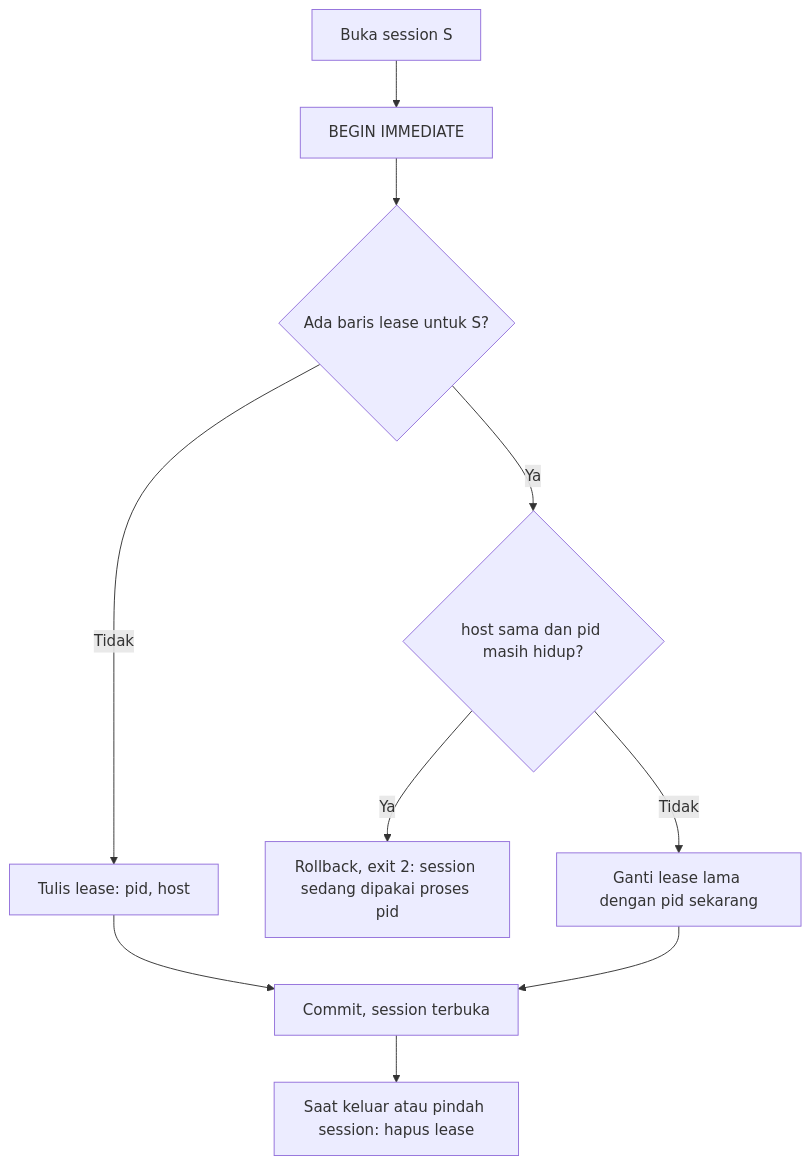
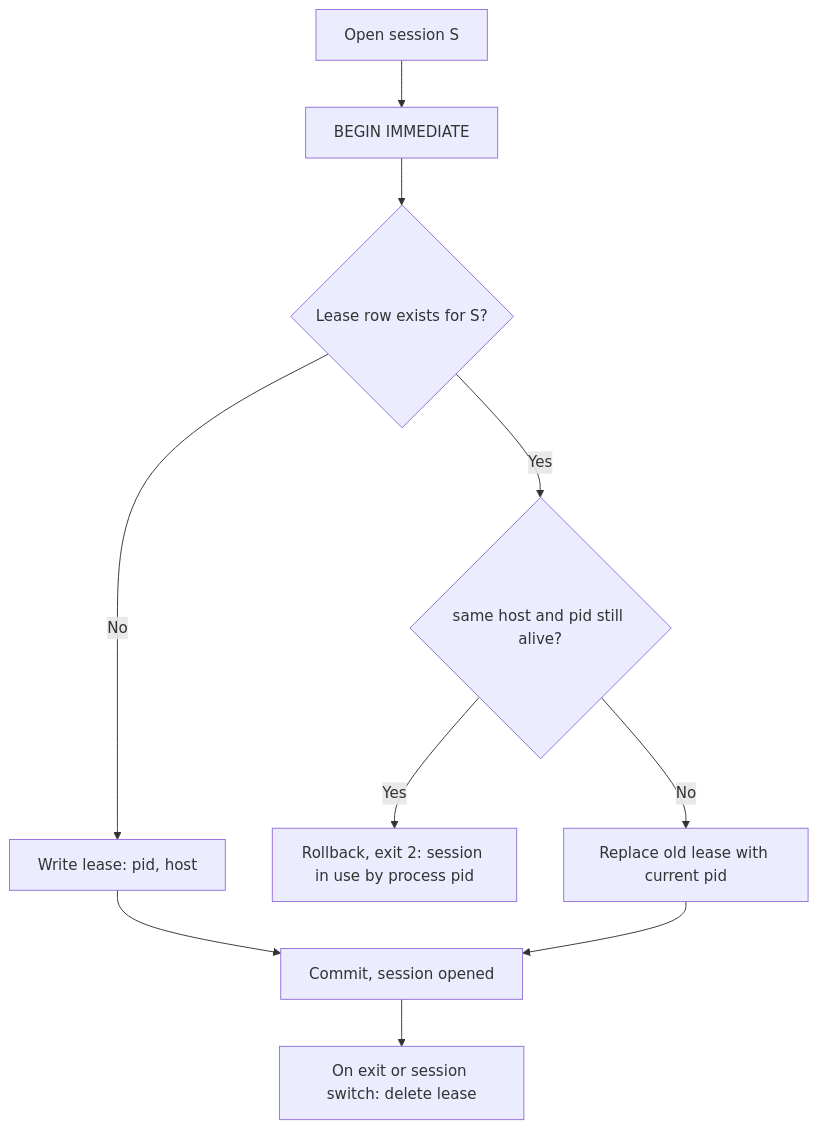
One commit to ridhomujizat/lana-harness changed the second of 4 diagrams in docs/specs/1-cli-tui/design.md. Above: the diagram before and after it, drawn with Mermaid. The commit also changed other lines of this file and 172 other files, not shown here.

````diff
--- a/docs/specs/1-cli-tui/design.md
+++ b/docs/specs/1-cli-tui/design.md
@@ -199,12 +197,12 @@
 ```mermaid
 flowchart TD
-  A["Buka session S"] --> B["BEGIN IMMEDIATE"]
-  B --> C{"Ada baris lease untuk S?"}
-  C -- "Tidak" --> W["Tulis lease: pid, host"]
-  C -- "Ya" --> D{"host sama dan pid masih hidup?"}
-  D -- "Ya" --> X["Rollback, exit 2: session sedang dipakai proses pid"]
-  D -- "Tidak" --> R["Ganti lease lama dengan pid sekarang"]
-  W --> OK["Commit, session terbuka"]
+  A["Open session S"] --> B["BEGIN IMMEDIATE"]
+  B --> C{"Lease row exists for S?"}
+  C -- "No" --> W["Write lease: pid, host"]
+  C -- "Yes" --> D{"same host and pid still alive?"}
+  D -- "Yes" --> X["Rollback, exit 2: session in use by process pid"]
+  D -- "No" --> R["Replace old lease with current pid"]
+  W --> OK["Commit, session opened"]
   R --> OK
-  OK --> E["Saat keluar atau pindah session: hapus lease"]
+  OK --> E["On exit or session switch: delete lease"]
 ```
````
